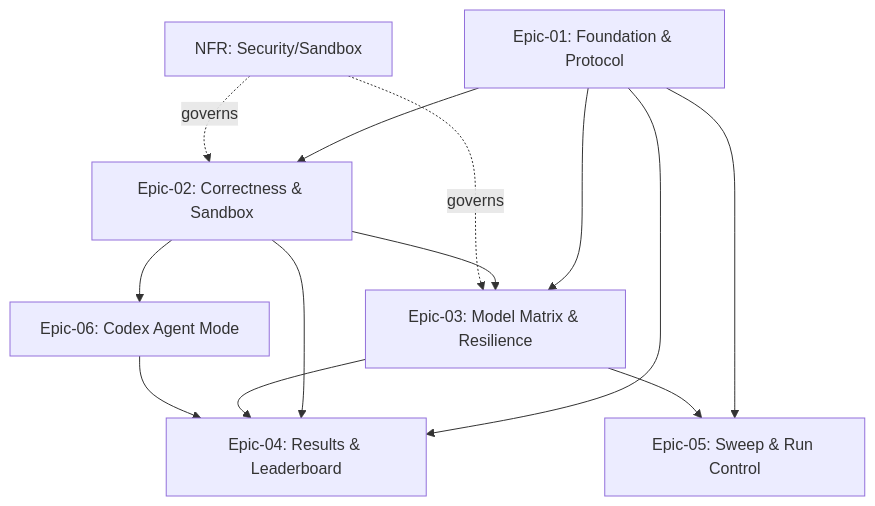
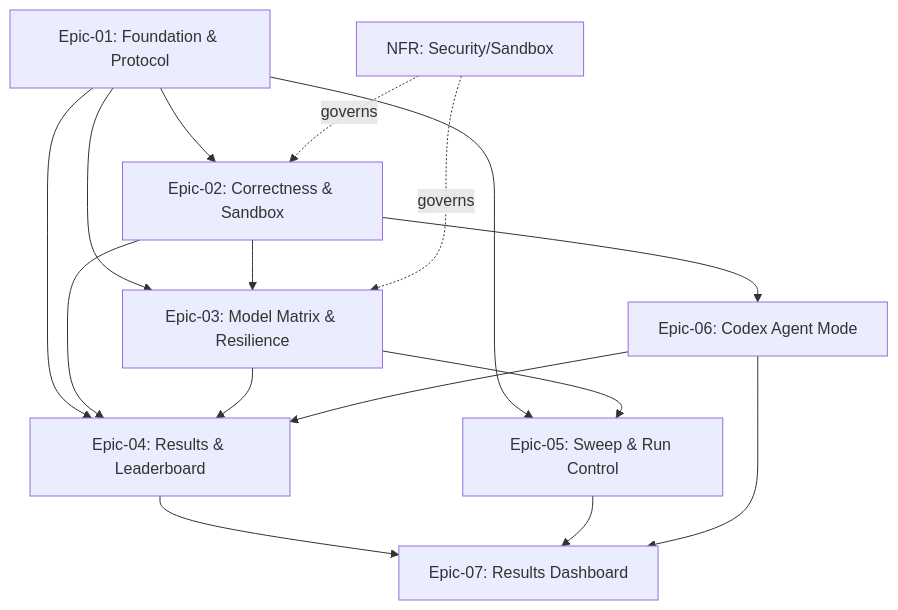
Before and after one commit to fxmartin/local-code-bench: the diagram in docs/STORIES.md, drawn with Mermaid. The commit also changed other lines of this file and 2 other files, not shown here.

````diff
--- a/docs/STORIES.md
+++ b/docs/STORIES.md
@@ -73,15 +75,18 @@
 ```mermaid
 graph TD
     E01[Epic-01: Foundation & Protocol] --> E02[Epic-02: Correctness & Sandbox]
     E01 --> E03[Epic-03: Model Matrix & Resilience]
     E02 --> E03
     E01 --> E04[Epic-04: Results & Leaderboard]
     E02 --> E04
     E03 --> E04
     E02 --> E06[Epic-06: Codex Agent Mode]
     E06 --> E04
     E01 --> E05[Epic-05: Sweep & Run Control]
     E03 --> E05
+    E04 --> E07[Epic-07: Results Dashboard]
+    E05 --> E07
+    E06 --> E07
     NFR[NFR: Security/Sandbox] -.governs.-> E02
     NFR -.governs.-> E03
 ```
````
